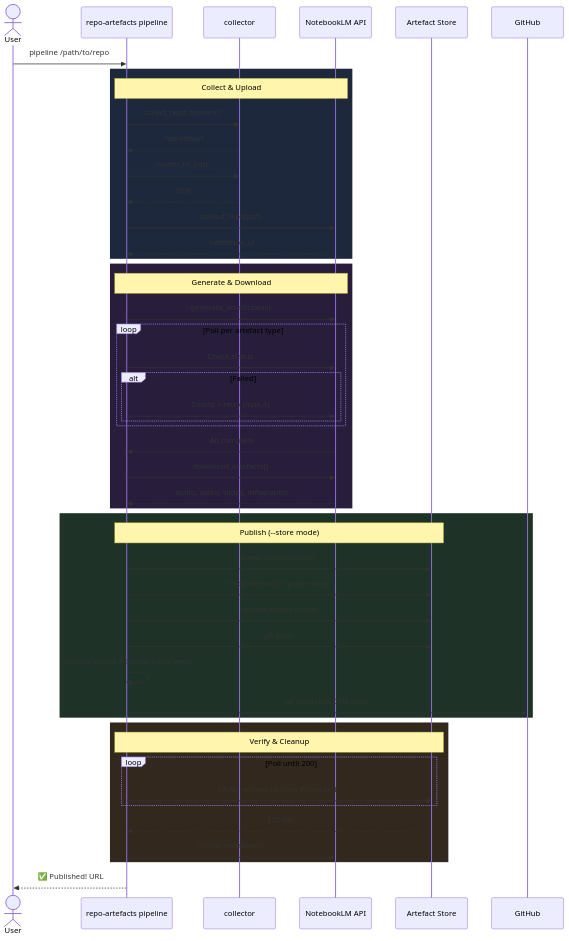
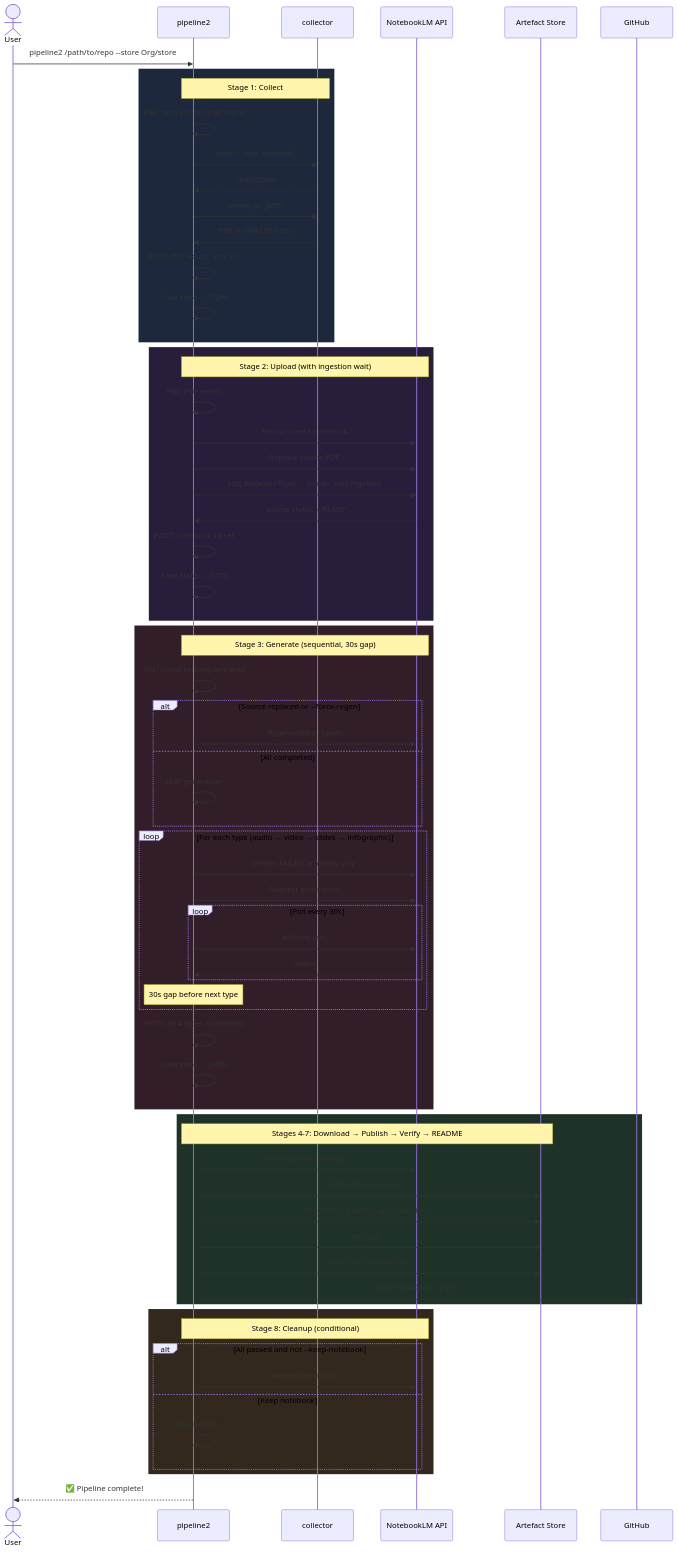
Before and after one commit to NetDevAutomate/notebooklm-repo-artefacts: the second of 2 diagrams in docs/pipeline.md, drawn with Mermaid. The commit also changed other lines of this file, not shown here.

First line of the commit message:
docs: rewrite pipeline docs for stage-based pipeline2 with mermaid diagrams

````diff
--- a/docs/pipeline.md
+++ b/docs/pipeline.md
@@ -65,56 +122,75 @@
 ```mermaid
 sequenceDiagram
     actor User
-    participant CLI as repo-artefacts pipeline
+    participant CLI as pipeline2
     participant Col as collector
     participant NLM as NotebookLM API
     participant Store as Artefact Store
     participant GH as GitHub
 
-    User->>CLI: pipeline /path/to/repo
+    User->>CLI: pipeline2 /path/to/repo --store Org/store
 
     rect rgb(30, 40, 60)
-    Note over CLI,NLM: Collect & Upload
+    Note over CLI,Col: Stage 1: Collect
+    CLI->>CLI: PRE: repo exists? is git repo?
     CLI->>Col: collect_repo_content()
     Col-->>CLI: markdown
     CLI->>Col: render_to_pdf()
-    Col-->>CLI: PDF
-    CLI->>NLM: upload_repo(pdf)
-    NLM-->>CLI: notebook_id
+    Col-->>CLI: PDF (+ SHA256 hash)
+    CLI->>CLI: POST: PDF exists, size > 0
+    CLI->>CLI: Save state → JSON
     end
 
     rect rgb(40, 30, 60)
-    Note over CLI,NLM: Generate & Download
-    CLI->>NLM: generate_artefacts(all)
-    loop Poll per artefact type
-        CLI->>NLM: Check status
-        alt Failed
-            CLI->>NLM: Delete + retry (max 3)
+    Note over CLI,NLM: Stage 2: Upload (with ingestion wait)
+    CLI->>CLI: PRE: PDF exists
+    CLI->>NLM: Find or create notebook
+    CLI->>NLM: Replace source PDF
+    CLI->>NLM: add_file(wait=True) ← blocks until ingested
+    NLM-->>CLI: source status = READY
+    CLI->>CLI: POST: notebook_id set
+    CLI->>CLI: Save state → JSON
+    end
+
+    rect rgb(50, 30, 40)
+    Note over CLI,NLM: Stage 3: Generate (sequential, 30s gap)
+    CLI->>CLI: PRE: check existing artefacts
+    alt Source replaced or --force-regen
+        CLI->>NLM: Regenerate all types
+    else All completed
+        CLI->>CLI: SKIP generation
+    end
+    loop For each type (audio → video → slides → infographic)
+        CLI->>NLM: Delete FAILED artefacts only
+        CLI->>NLM: Request generation
+        loop Poll every 30s
+            CLI->>NLM: artifacts.list()
+            NLM-->>CLI: status
         end
+        Note over CLI: 30s gap before next type
     end
-    NLM-->>CLI: All complete
-    CLI->>NLM: download_artefacts()
-    NLM-->>CLI: audio, video, slides, infographic
+    CLI->>CLI: POST: all 4 types completed
+    CLI->>CLI: Save state → JSON
     end
 
     rect rgb(30, 50, 40)
-    Note over CLI,Store: Publish (--store mode)
+    Note over CLI,Store: Stages 4-7: Download → Publish → Verify → README
+    CLI->>NLM: Download all artefacts
     CLI->>Store: Clone store (shallow)
-    CLI->>Store: Copy artefacts + player page
-    CLI->>Store: Update manifest.json
+    CLI->>Store: Copy files + player page + manifest
     CLI->>Store: git push
-    CLI->>CLI: Update source README (links only)
-    CLI->>GH: git push (README only)
+    CLI->>Store: Verify URLs return 200
+    CLI->>GH: Update README + push
     end
 
     rect rgb(50, 40, 30)
-    Note over CLI,Store: Verify & Cleanup
-    loop Poll until 200
-        CLI->>Store: HEAD request to store Pages URL
+    Note over CLI,NLM: Stage 8: Cleanup (conditional)
+    alt All passed and not --keep-notebook
+        CLI->>NLM: delete_notebook()
+    else Keep notebook
+        CLI->>CLI: Skip cleanup
     end
-    Store-->>CLI: 200 OK
-    CLI->>NLM: delete_notebook()
     end
 
-    CLI-->>User: ✅ Published! URL
+    CLI-->>User: ✅ Pipeline complete!
 ```
````
